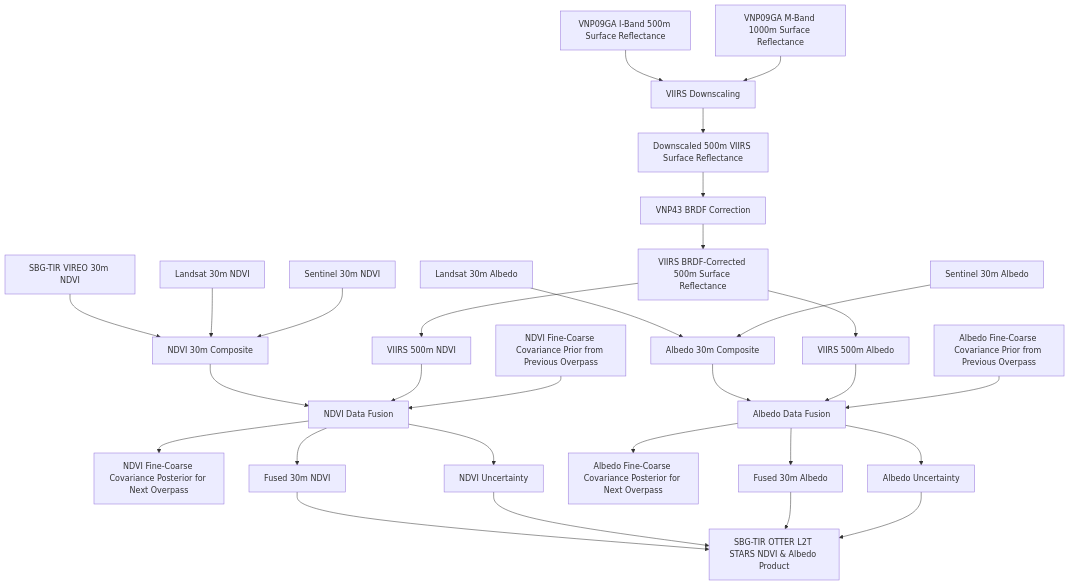
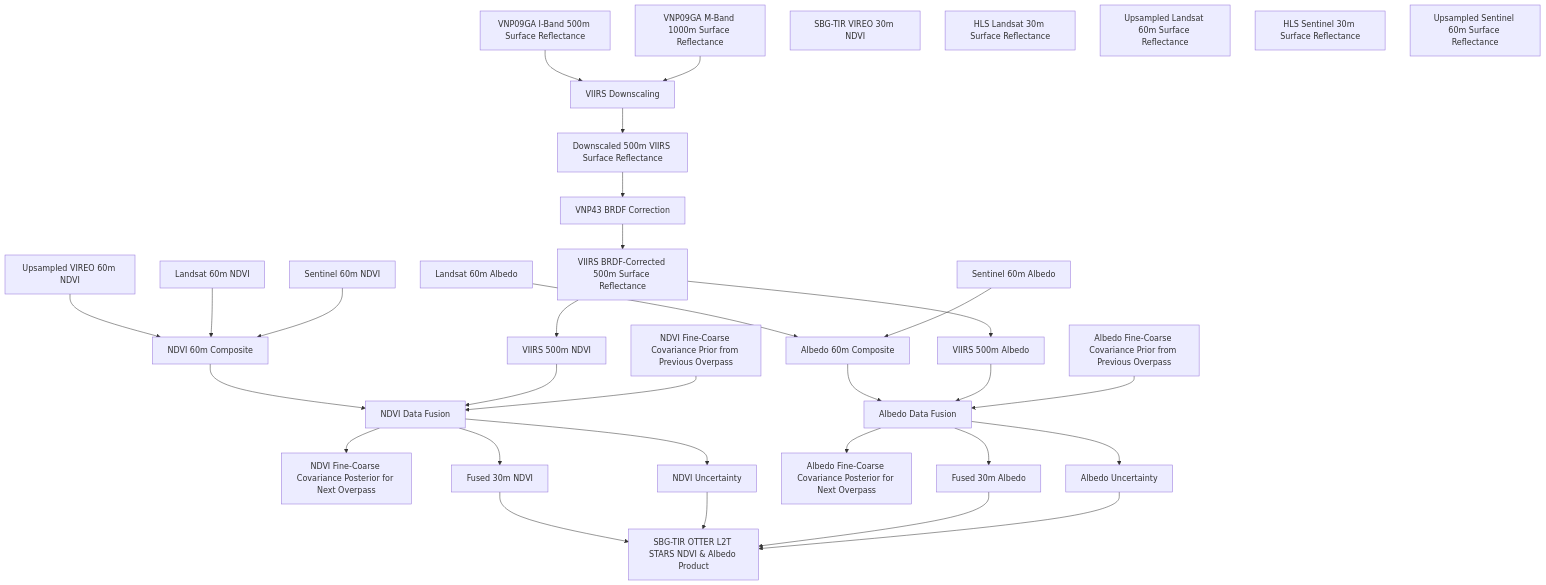
Before and after one commit to sbg-tir/SBG-TIR-L2-STARS: the diagram in README.md, drawn with Mermaid.

````diff
--- a/README.md
+++ b/README.md
@@ -61,64 +61,69 @@
 ```mermaid
 flowchart TB
     VNP09GA_I[VNP09GA I-Band 500m Surface Reflectance]
     VNP09GA_M[VNP09GA M-Band 1000m Surface Reflectance]
     VIIRS_downscaling[VIIRS Downscaling]
     VNP09GA_downscaled[Downscaled 500m VIIRS Surface Reflectance]
     VNP43_BRDF[VNP43 BRDF Correction]
     VIIRS_corrected[VIIRS BRDF-Corrected 500m Surface Reflectance]
     VIIRS_NDVI[VIIRS 500m NDVI]
     VIIRS_albedo[VIIRS 500m Albedo]
     VIREO_NDVI[SBG-TIR VIREO 30m NDVI]
+    VIREO_upsampled[Upsampled VIREO 60m NDVI]
 
-    Landsat_NDVI[Landsat 30m NDVI]
-    Sentinel_NDVI[Sentinel 30m NDVI]
-    fine_NDVI_input[NDVI 30m Composite]
+    Landsat_reflectance[HLS Landsat 30m Surface Reflectance]
+    Landsat_upsampled[Upsampled Landsat 60m Surface Reflectance]
+    Landsat_NDVI[Landsat 60m NDVI]
+    Sentinel_reflectance[HLS Sentinel 30m Surface Reflectance]
+    Sentenel_upsampled[Upsampled Sentinel 60m Surface Reflectance]
+    Sentinel_NDVI[Sentinel 60m NDVI]
+    fine_NDVI_input[NDVI 60m Composite]
     NDVI_covariance_prior[NDVI Fine-Coarse Covariance Prior from Previous Overpass]
     NDVI_covariance_posterior[NDVI Fine-Coarse Covariance Posterior for Next Overpass]
     NDVI_data_fusion[NDVI Data Fusion]
     fine_NDVI_output[Fused 30m NDVI]
     fine_NDVI_uncertainty[NDVI Uncertainty]
 
-    Landsat_albedo[Landsat 30m Albedo]
-    Sentinel_albedo[Sentinel 30m Albedo]
-    fine_albedo_input[Albedo 30m Composite]
+    Landsat_albedo[Landsat 60m Albedo]
+    Sentinel_albedo[Sentinel 60m Albedo]
+    fine_albedo_input[Albedo 60m Composite]
     albedo_covariance_prior[Albedo Fine-Coarse Covariance Prior from Previous Overpass]
     albedo_covariance_posterior[Albedo Fine-Coarse Covariance Posterior for Next Overpass]
     albedo_data_fusion[Albedo Data Fusion]
     fine_albedo_output[Fused 30m Albedo]
     fine_albedo_uncertainty[Albedo Uncertainty]
 
     SBG_L2T_STARS[SBG-TIR OTTER L2T STARS NDVI & Albedo Product]
     
     VNP09GA_I --> VIIRS_downscaling
     VNP09GA_M --> VIIRS_downscaling
     VIIRS_downscaling --> VNP09GA_downscaled
     VNP09GA_downscaled --> VNP43_BRDF
     VNP43_BRDF --> VIIRS_corrected
     VIIRS_corrected --> VIIRS_NDVI
     VIIRS_corrected --> VIIRS_albedo
     
-    VIREO_NDVI --> fine_NDVI_input
+    VIREO_upsampled --> fine_NDVI_input
     Landsat_NDVI --> fine_NDVI_input
     Sentinel_NDVI --> fine_NDVI_input
     fine_NDVI_input --> NDVI_data_fusion
     VIIRS_NDVI --> NDVI_data_fusion
     NDVI_covariance_prior --> NDVI_data_fusion
     NDVI_data_fusion --> fine_NDVI_output
     NDVI_data_fusion --> fine_NDVI_uncertainty
     NDVI_data_fusion --> NDVI_covariance_posterior
 
     Landsat_albedo --> fine_albedo_input
     Sentinel_albedo --> fine_albedo_input
     fine_albedo_input --> albedo_data_fusion
     VIIRS_albedo --> albedo_data_fusion
     albedo_covariance_prior --> albedo_data_fusion
     albedo_data_fusion --> fine_albedo_output
     albedo_data_fusion --> fine_albedo_uncertainty
     albedo_data_fusion --> albedo_covariance_posterior
 
     fine_NDVI_output --> SBG_L2T_STARS
     fine_NDVI_uncertainty --> SBG_L2T_STARS
     fine_albedo_output --> SBG_L2T_STARS
     fine_albedo_uncertainty --> SBG_L2T_STARS
 ```
````
